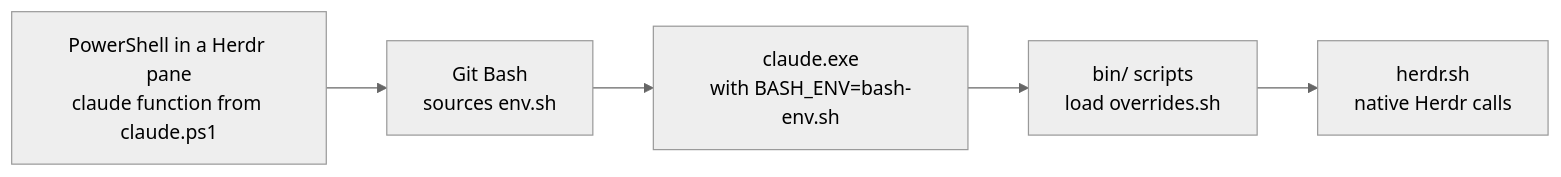
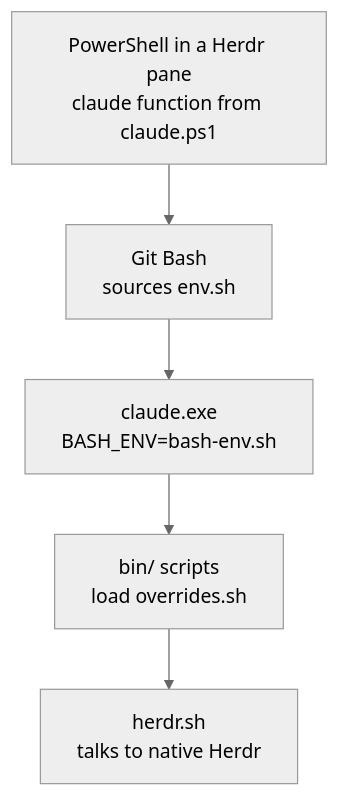
One commit to EvanBatten/firstmate-for-windows changed the second of 2 diagrams in README.md. Above: the diagram before and after it, drawn with Mermaid. The commit also changed other lines of this file and 1 other file, not shown here.

Commit message:
fix the status path and launch chain in the README diagrams

````diff
--- a/README.md
+++ b/README.md
@@ -179,8 +179,8 @@
 ```mermaid
 %%{init: {'theme': 'neutral'}}%%
-flowchart LR
+flowchart TB
   P["PowerShell in a Herdr pane<br/>claude function from claude.ps1"] --> B["Git Bash<br/>sources env.sh"]
-  B --> E["claude.exe<br/>with BASH_ENV=bash-env.sh"]
+  B --> E["claude.exe<br/>BASH_ENV=bash-env.sh"]
   E --> S["bin/ scripts<br/>load overrides.sh"]
-  S --> H["herdr.sh<br/>native Herdr calls"]
+  S --> H["herdr.sh<br/>talks to native Herdr"]
 ```
````
